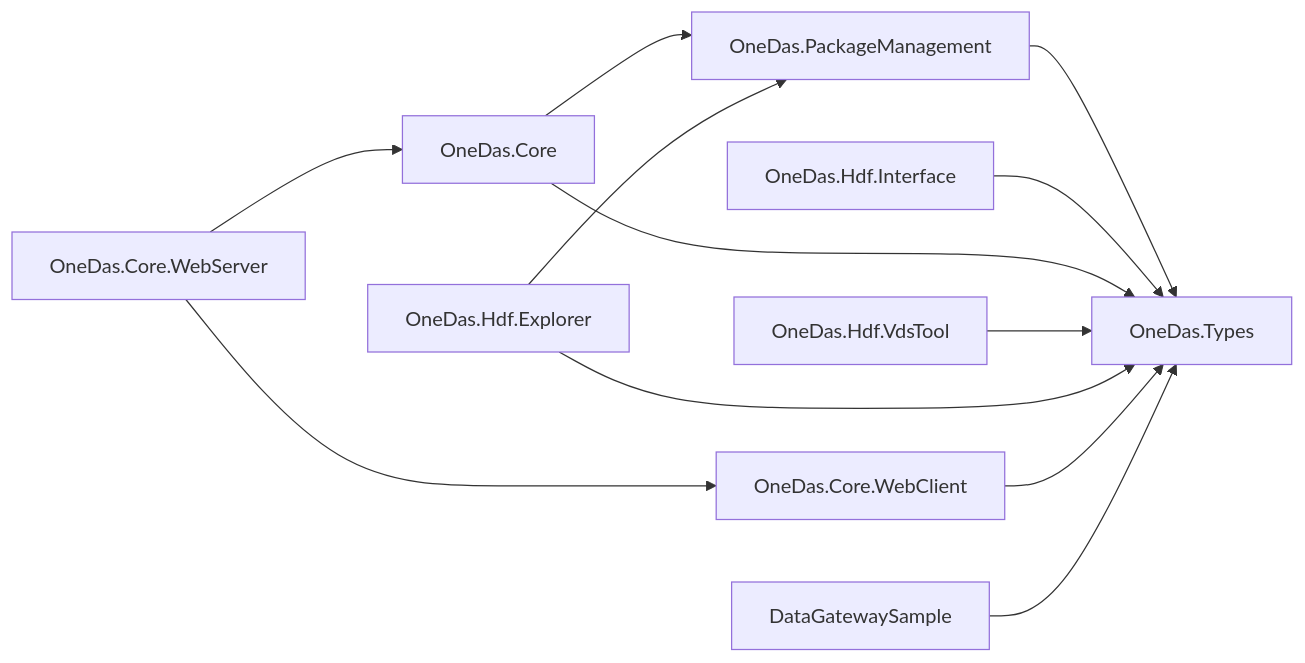
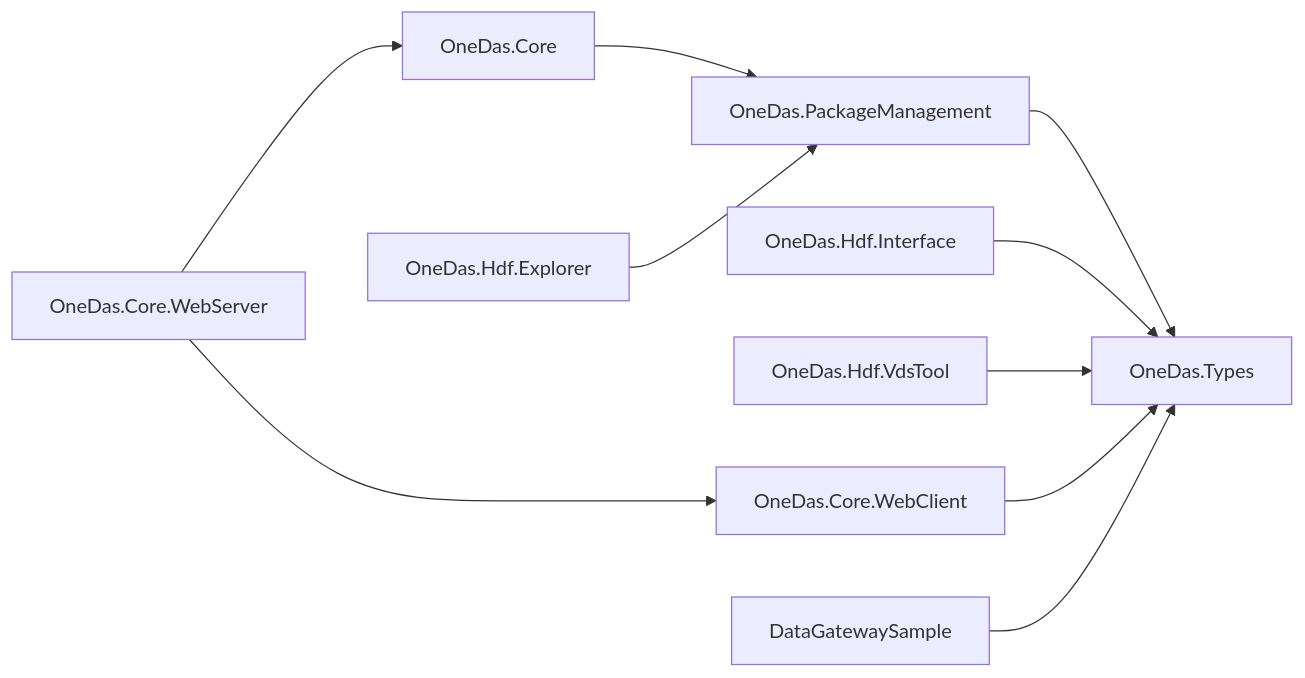
Before and after one commit to OneDAS-Group/OneDAS-Core: the diagram in doc/dependencies.md, drawn with Mermaid.

````diff
--- a/doc/dependencies.md
+++ b/doc/dependencies.md
@@ -1,16 +1,14 @@
 ```mermaid
 graph LR
     OneDas.PackageManagement --> OneDas.Types
     OneDas.Hdf.Interface --> OneDas.Types
-    OneDas.Core --> OneDas.Types
     OneDas.Core --> OneDas.PackageManagement
     OneDas.Hdf.VdsTool --> OneDas.Types
     %%OneDas.Hdf.VdsTool --> OneDas.Hdf.Types
-    OneDas.Hdf.Explorer --> OneDas.Types
     OneDas.Hdf.Explorer --> OneDas.PackageManagement
     %%OneDas.Hdf.Explorer --> OneDas.Hdf.Types
     OneDas.Core.WebServer --> OneDas.Core
     OneDas.Core.WebServer --> OneDas.Core.WebClient
     OneDas.Core.WebClient --> OneDas.Types
     DataGatewaySample --> OneDas.Types
 ```
````
